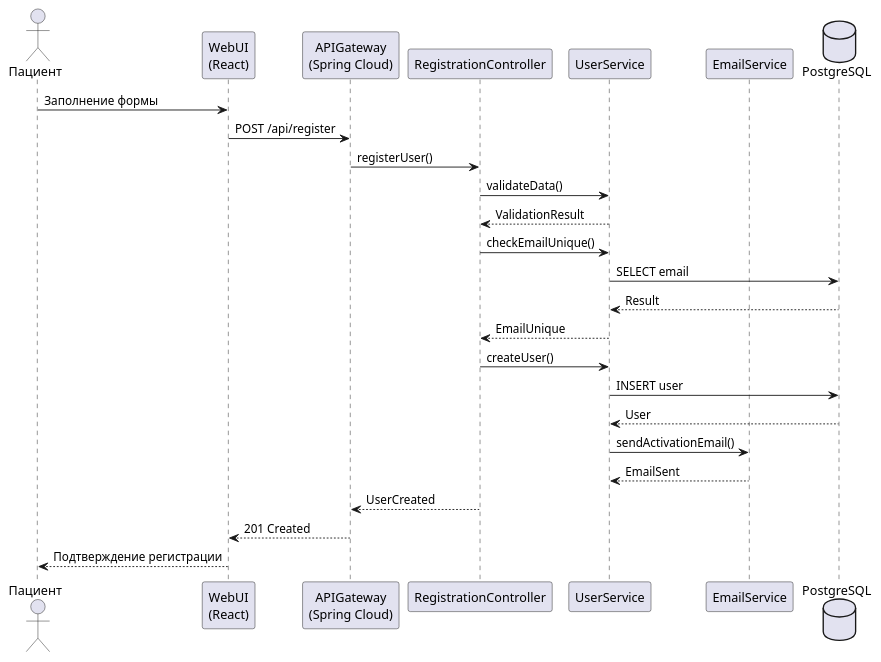
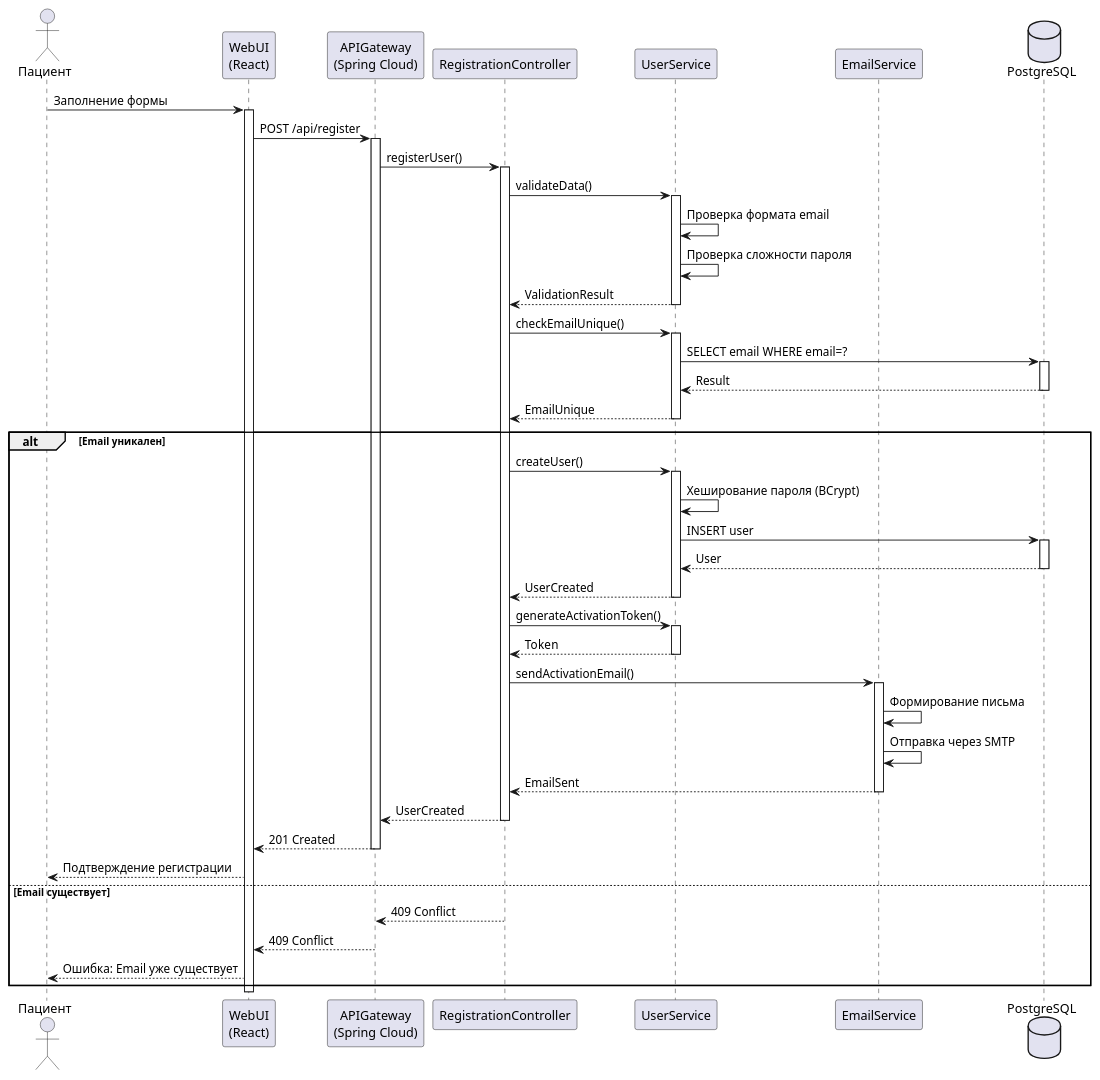
The diagram in diagrams-codes/UML_REGISTRATION_3_Sequence.puml (Edisheri/system-engineering-playbook), drawn with PlantUML before and after one commit. The commit also changed 10 other files, not shown here.

Commit message:
Add detailed decompositions for IDEF0 (A1, A2), DFD (P1), and update UML diagrams: add activation boxes, synchronous calls, fork/join, and proper include/extend relationships

```diff
--- a/diagrams-codes/UML_REGISTRATION_3_Sequence.puml
+++ b/diagrams-codes/UML_REGISTRATION_3_Sequence.puml
@@ -1,28 +1,72 @@
 @startuml
 actor Пациент
 participant "WebUI\n(React)" as WebUI
 participant "APIGateway\n(Spring Cloud)" as Gateway
 participant "RegistrationController" as Controller
 participant "UserService" as Service
 participant "EmailService" as Email
 database "PostgreSQL" as DB
 
 Пациент -> WebUI: Заполнение формы
+activate WebUI
+
 WebUI -> Gateway: POST /api/register
+activate Gateway
 Gateway -> Controller: registerUser()
+activate Controller
+
 Controller -> Service: validateData()
+activate Service
+Service -> Service: Проверка формата email
+Service -> Service: Проверка сложности пароля
 Service --> Controller: ValidationResult
+deactivate Service
+
 Controller -> Service: checkEmailUnique()
-Service -> DB: SELECT email
+activate Service
+Service -> DB: SELECT email WHERE email=?
+activate DB
 DB --> Service: Result
+deactivate DB
 Service --> Controller: EmailUnique
-Controller -> Service: createUser()
-Service -> DB: INSERT user
-DB --> Service: User
-Service -> Email: sendActivationEmail()
-Email --> Service: EmailSent
-Controller --> Gateway: UserCreated
-Gateway --> WebUI: 201 Created
-WebUI --> Пациент: Подтверждение регистрации
+deactivate Service
+
+alt Email уникален
+    Controller -> Service: createUser()
+    activate Service
+    Service -> Service: Хеширование пароля (BCrypt)
+    Service -> DB: INSERT user
+    activate DB
+    DB --> Service: User
+    deactivate DB
+    Service --> Controller: UserCreated
+    deactivate Service
+    
+    Controller -> Service: generateActivationToken()
+    activate Service
+    Service --> Controller: Token
+    deactivate Service
+    
+    Controller -> Email: sendActivationEmail()
+    activate Email
+    Email -> Email: Формирование письма
+    Email -> Email: Отправка через SMTP
+    Email --> Controller: EmailSent
+    deactivate Email
+    
+    Controller --> Gateway: UserCreated
+    deactivate Controller
+    Gateway --> WebUI: 201 Created
+    deactivate Gateway
+    WebUI --> Пациент: Подтверждение регистрации
+else Email существует
+    Controller --> Gateway: 409 Conflict
+    deactivate Controller
+    Gateway --> WebUI: 409 Conflict
+    deactivate Gateway
+    WebUI --> Пациент: Ошибка: Email уже существует
+end
+
+deactivate WebUI
 
 @enduml
```
